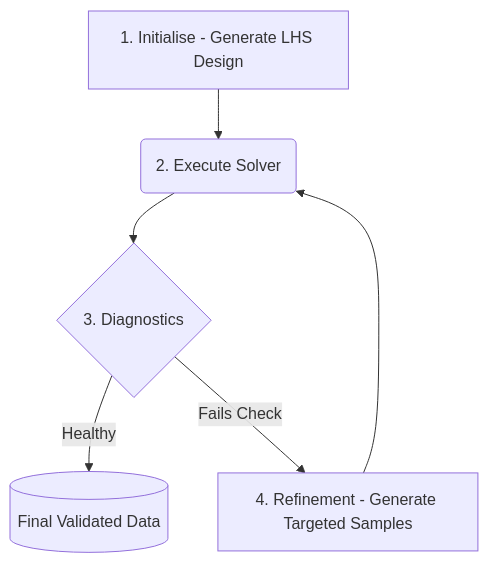
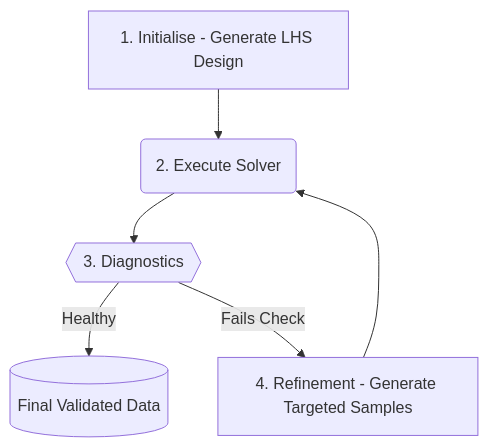
Before and after one commit to JGIBristol/digiqual: the diagram in docs/optimisation.qmd, drawn with Mermaid. The commit also changed other lines of this file and 9 other files, not shown here.

````diff
--- a/docs/optimisation.qmd
+++ b/docs/optimisation.qmd
@@ -9,8 +9,8 @@
 ```{mermaid}
 flowchart TD
     A[1. Initialise - Generate LHS Design] --> B(2. Execute Solver)
-    B --> C{3. Diagnostics}
+    B --> C{{3. Diagnostics}}
     C -->|Healthy| D[(Final Validated Data)]
     C -->|Fails Check| E[4. Refinement - Generate Targeted Samples]
     E --> B
 ```
````
